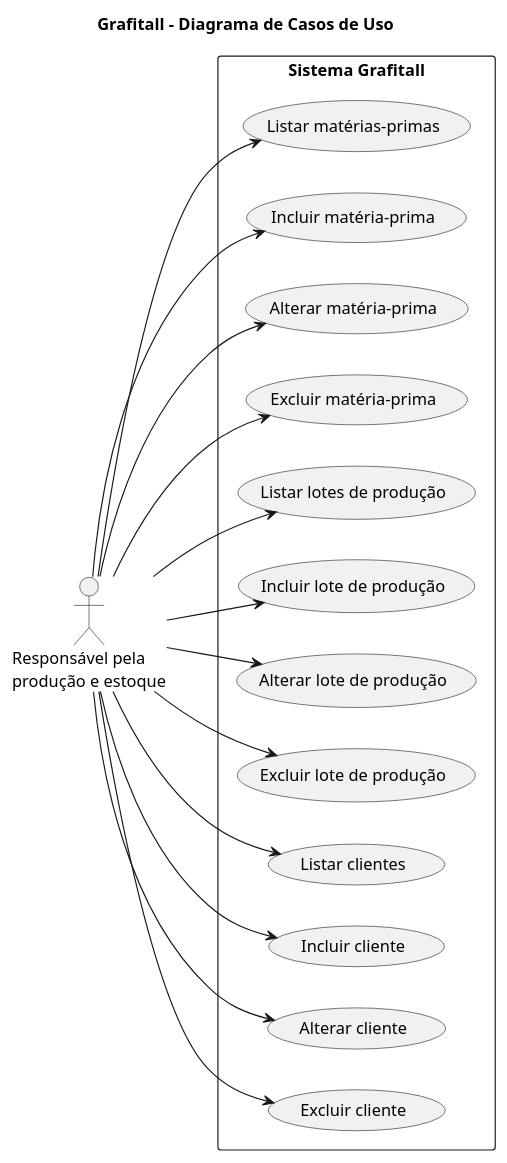
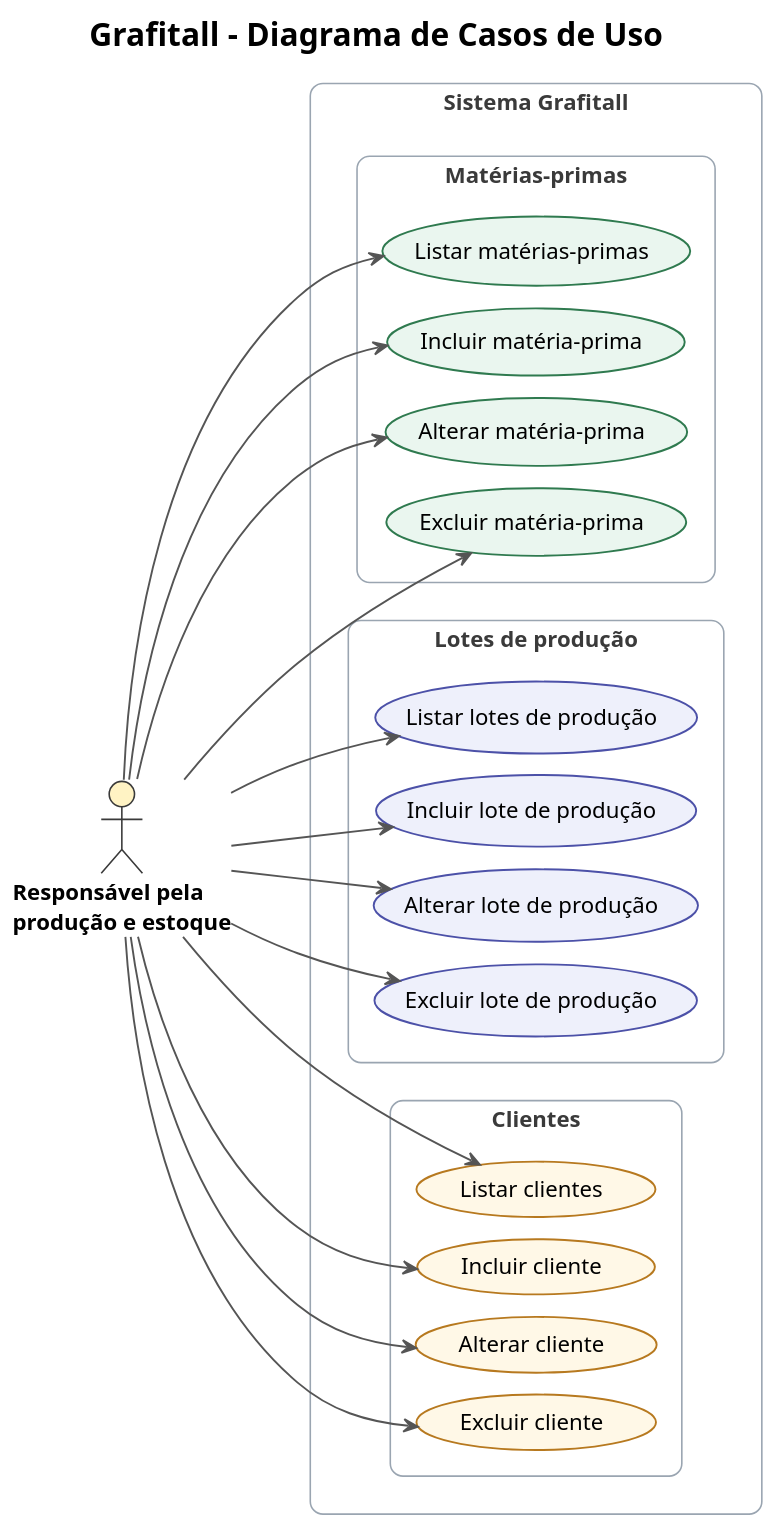
One commit to toybile/Grafitall-LP2 changed the diagram in casos-de-uso/diagrama-casos-de-uso.puml. Above: the diagram before and after it, drawn with PlantUML. The commit also changed 4 other files, not shown here.

Commit message:
Diagramas de classes e casos de uso redesenhados, com imagens no README

```diff
--- a/casos-de-uso/diagrama-casos-de-uso.puml
+++ b/casos-de-uso/diagrama-casos-de-uso.puml
@@ -1,39 +1,84 @@
 @startuml diagrama-casos-de-uso
 ' Diagrama de casos de uso do Grafitall (fonte em PlantUML).
+' Um ator (o responsavel pela producao e pelo estoque) e 12 casos de uso:
+' incluir, alterar, excluir e listar em cada um dos 3 cadastros.
+
+!theme plain
+skinparam dpi 130
+skinparam defaultFontName Arial
+skinparam defaultFontSize 14
+skinparam shadowing false
+skinparam ArrowColor #555555
+skinparam ArrowThickness 1.2
+skinparam TitleFontSize 20
+skinparam TitleFontStyle bold
+skinparam nodesep 14
+skinparam ranksep 90
+skinparam actor {
+  BorderColor #3A3A3A
+  BackgroundColor #FFF3C4
+  FontStyle bold
+}
+skinparam rectangle {
+  BorderColor #9AA5B1
+  FontColor #3A3A3A
+  FontStyle bold
+  RoundCorner 16
+}
+skinparam usecase {
+  BorderThickness 1.2
+}
+skinparam usecase<<Materia>> {
+  BackgroundColor #EAF6EF
+  BorderColor #2F7A4F
+}
+skinparam usecase<<Lote>> {
+  BackgroundColor #EEF0FB
+  BorderColor #4C51A8
+}
+skinparam usecase<<Cliente>> {
+  BackgroundColor #FFF8E7
+  BorderColor #B7791F
+}
+hide stereotype
 
 title Grafitall - Diagrama de Casos de Uso
 left to right direction
 
 actor "Responsável pela\nprodução e estoque" as Usuario
 
 rectangle "Sistema Grafitall" {
-  usecase "Listar matérias-primas" as UC01
-  usecase "Incluir matéria-prima" as UC02
-  usecase "Alterar matéria-prima" as UC03
-  usecase "Excluir matéria-prima" as UC04
-
-  usecase "Listar lotes de produção" as UC05
-  usecase "Incluir lote de produção" as UC06
-  usecase "Alterar lote de produção" as UC07
-  usecase "Excluir lote de produção" as UC08
-
-  usecase "Listar clientes" as UC09
-  usecase "Incluir cliente" as UC10
-  usecase "Alterar cliente" as UC11
-  usecase "Excluir cliente" as UC12
+  rectangle "Matérias-primas" {
+    usecase "Listar matérias-primas" as UC01 <<Materia>>
+    usecase "Incluir matéria-prima" as UC02 <<Materia>>
+    usecase "Alterar matéria-prima" as UC03 <<Materia>>
+    usecase "Excluir matéria-prima" as UC04 <<Materia>>
+  }
+  rectangle "Lotes de produção" {
+    usecase "Listar lotes de produção" as UC05 <<Lote>>
+    usecase "Incluir lote de produção" as UC06 <<Lote>>
+    usecase "Alterar lote de produção" as UC07 <<Lote>>
+    usecase "Excluir lote de produção" as UC08 <<Lote>>
+  }
+  rectangle "Clientes" {
+    usecase "Listar clientes" as UC09 <<Cliente>>
+    usecase "Incluir cliente" as UC10 <<Cliente>>
+    usecase "Alterar cliente" as UC11 <<Cliente>>
+    usecase "Excluir cliente" as UC12 <<Cliente>>
+  }
 }
 
 Usuario --> UC01
 Usuario --> UC02
 Usuario --> UC03
 Usuario --> UC04
 Usuario --> UC05
 Usuario --> UC06
 Usuario --> UC07
 Usuario --> UC08
 Usuario --> UC09
 Usuario --> UC10
 Usuario --> UC11
 Usuario --> UC12
 
 @enduml
```
